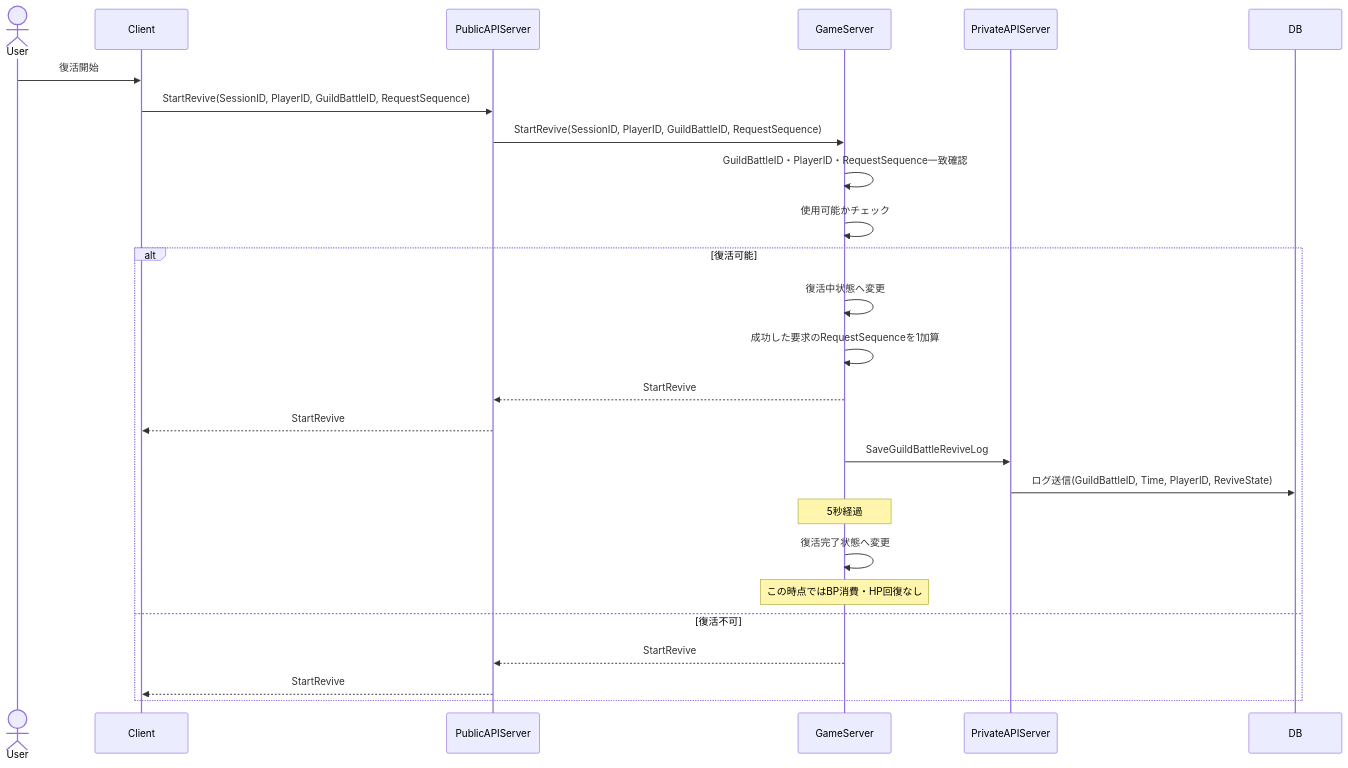
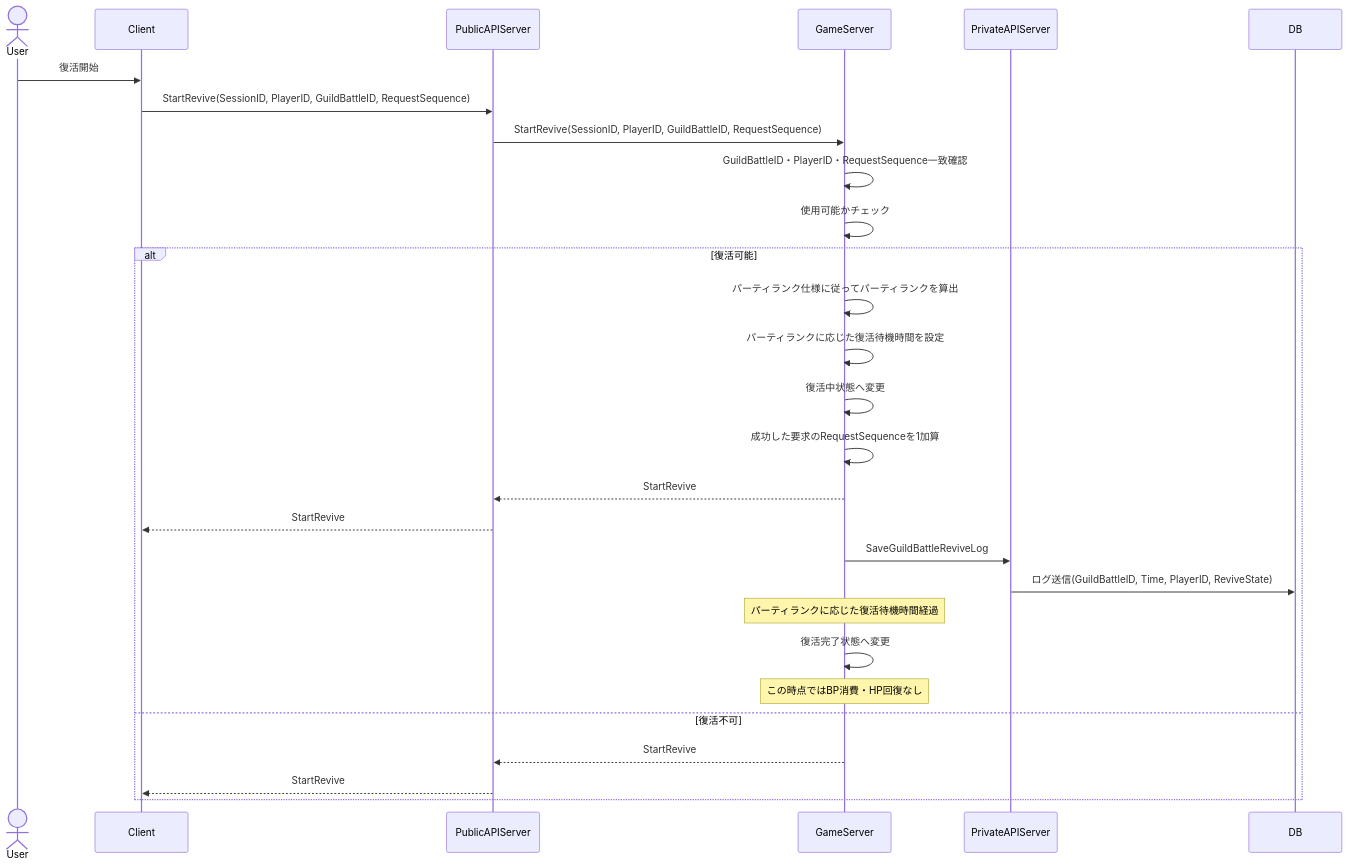
Before and after one commit to ReHydrangeaOdyssey/Specifications: diagram 13 of 16 in design/guild_battle.md, drawn with Mermaid. The commit also changed other lines of this file and 17 other files, not shown here.

````diff
--- a/design/guild_battle.md
+++ b/design/guild_battle.md
@@ -485,34 +498,36 @@
 ```mermaid
 sequenceDiagram
     actor User
     participant Client
     participant PublicAPIServer
     participant GameServer
     participant PrivateAPIServer
     participant DB
 
     User->>Client: 復活開始
     Client->>PublicAPIServer: StartRevive(SessionID, PlayerID, GuildBattleID, RequestSequence)
     PublicAPIServer->>GameServer: StartRevive(SessionID, PlayerID, GuildBattleID, RequestSequence)
 
     GameServer->>GameServer: GuildBattleID・PlayerID・RequestSequence一致確認
     GameServer->>GameServer: 使用可能かチェック
 
     alt 復活可能
+        GameServer->>GameServer: パーティランク仕様に従ってパーティランクを算出
+        GameServer->>GameServer: パーティランクに応じた復活待機時間を設定
         GameServer->>GameServer: 復活中状態へ変更
         GameServer->>GameServer: 成功した要求のRequestSequenceを1加算
         GameServer-->>PublicAPIServer: StartRevive
         PublicAPIServer-->>Client: StartRevive
 
         GameServer ->> PrivateAPIServer: SaveGuildBattleReviveLog
         PrivateAPIServer ->> DB: ログ送信(GuildBattleID, Time, PlayerID, ReviveState)
 
-        Note over GameServer: 5秒経過
+        Note over GameServer: パーティランクに応じた復活待機時間経過
 
         GameServer->>GameServer: 復活完了状態へ変更
         Note over GameServer: この時点ではBP消費・HP回復なし
     else 復活不可
         GameServer-->>PublicAPIServer: StartRevive
         PublicAPIServer-->>Client: StartRevive
     end
 ```
````
